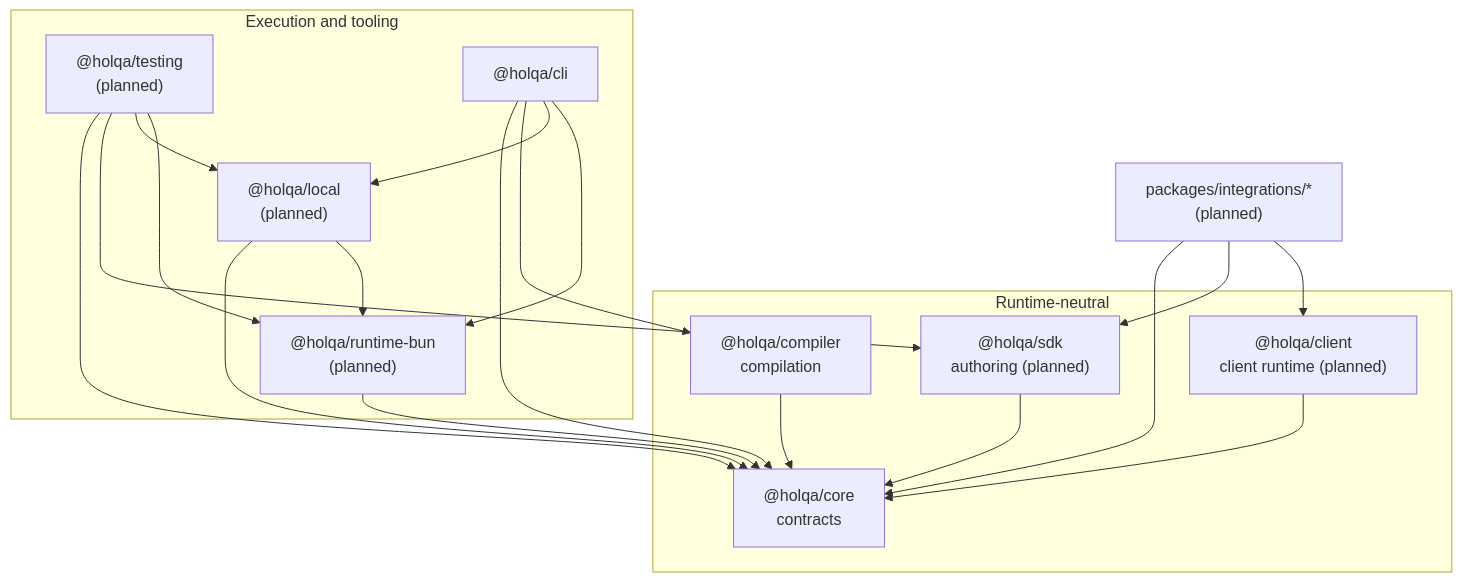
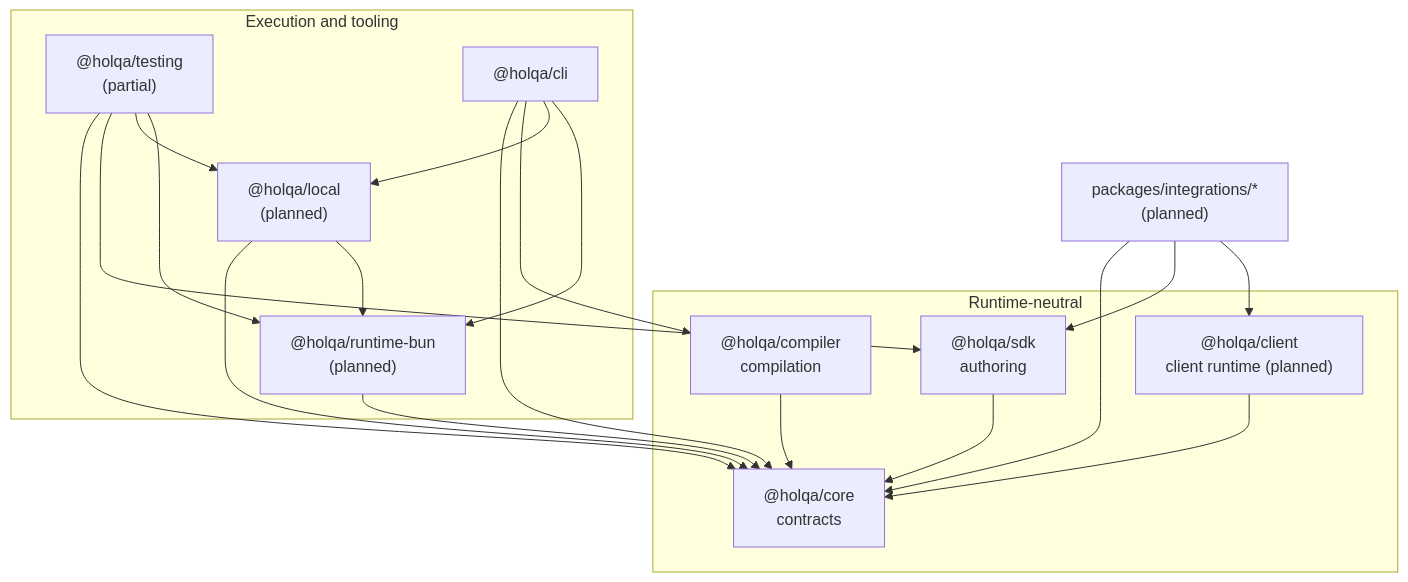
The first of 2 diagrams in docs/architecture/overview.md (SrKleRAimBot/holqa), drawn with Mermaid before and after one commit. The commit also changed other lines of this file and 108 other files, not shown here.

````diff
--- a/docs/architecture/overview.md
+++ b/docs/architecture/overview.md
@@ -24,34 +24,34 @@
 ```mermaid
 flowchart TB
   subgraph Neutral["Runtime-neutral"]
     core["@holqa/core<br/>contracts"]
-    sdk["@holqa/sdk<br/>authoring (planned)"]
+    sdk["@holqa/sdk<br/>authoring"]
     client["@holqa/client<br/>client runtime (planned)"]
     compiler["@holqa/compiler<br/>compilation"]
   end
   subgraph Execution["Execution and tooling"]
     runtime["@holqa/runtime-bun<br/>(planned)"]
     local["@holqa/local<br/>(planned)"]
-    testing["@holqa/testing<br/>(planned)"]
+    testing["@holqa/testing<br/>(partial)"]
     cli["@holqa/cli"]
   end
   integrations["packages/integrations/*<br/>(planned)"]
 
   sdk --> core
   client --> core
   compiler --> core
   runtime --> core
   local --> core
   local --> runtime
   testing --> core
   testing --> sdk
   testing --> local
   testing --> runtime
   cli --> core
   cli --> compiler
   cli --> local
   cli --> runtime
   integrations --> core
   integrations --> sdk
   integrations --> client
 ```
````
